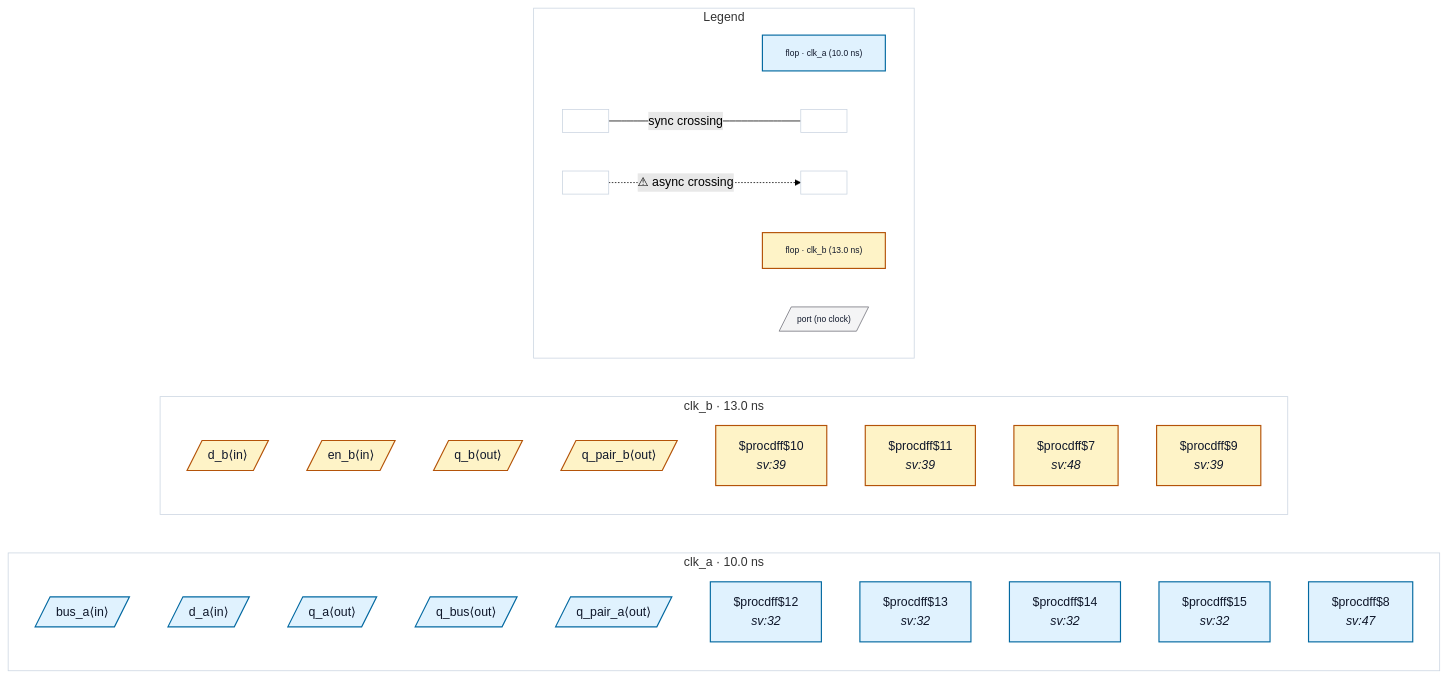
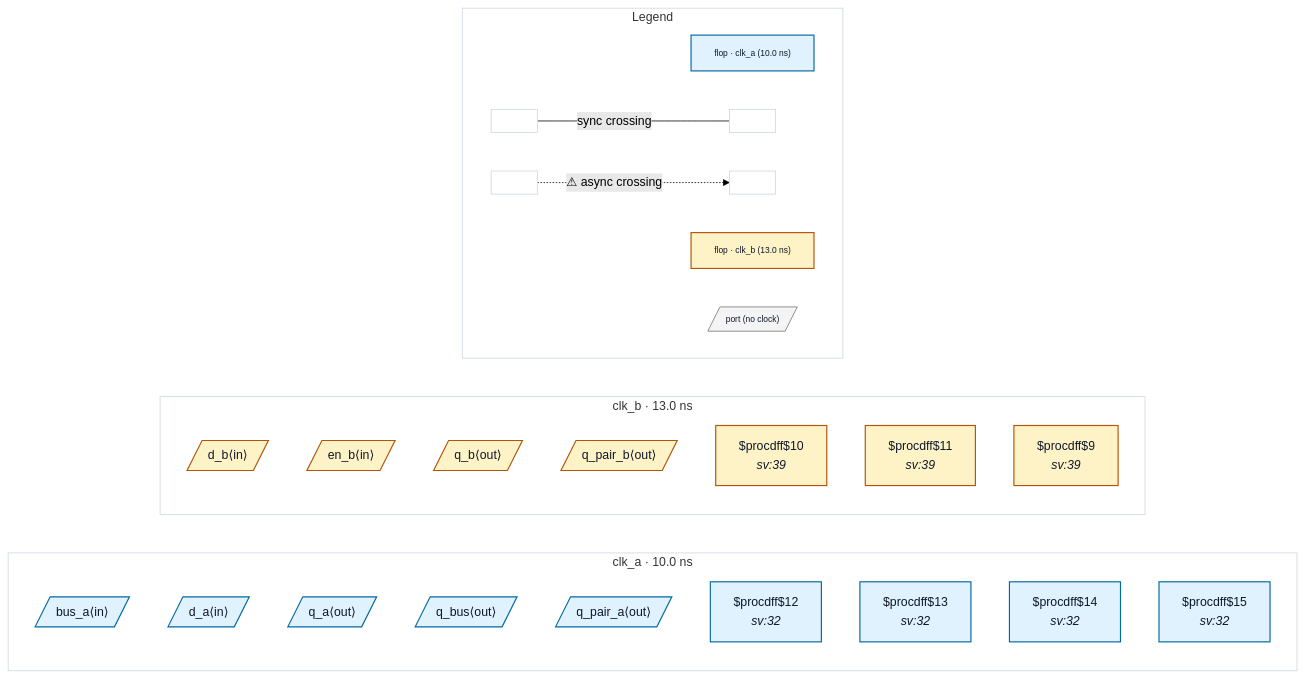
Before and after one commit to rtl-buddy/rtl-buddy-cdc: the diagram in tests/fixtures/good_output_contracts_complete/README.md, drawn with Mermaid (forest theme). The commit also changed 30 other files, not shown here.

````diff
--- a/tests/fixtures/good_output_contracts_complete/README.md
+++ b/tests/fixtures/good_output_contracts_complete/README.md
@@ -14,54 +14,52 @@
 ```mermaid
 %% good_output_contracts_complete — generated by rtl-buddy-cdc render
 flowchart LR
   subgraph clk_clk_a["clk_a · 10.0 ns"]
     direction TB
     p_in_bus_a[/"bus_a⟨in⟩"/]:::ckcls_clk_a
     p_in_d_a[/"d_a⟨in⟩"/]:::ckcls_clk_a
     p_ou_q_a[/"q_a⟨out⟩"/]:::ckcls_clk_a
     p_ou_q_bus[/"q_bus⟨out⟩"/]:::ckcls_clk_a
     p_ou_q_pair_a[/"q_pair_a⟨out⟩"/]:::ckcls_clk_a
     f_a13a7103["$procdff$12<br/><i>sv:32</i>"]:::ckcls_clk_a
     f_3da5ac02["$procdff$13<br/><i>sv:32</i>"]:::ckcls_clk_a
     f_10607937["$procdff$14<br/><i>sv:32</i>"]:::ckcls_clk_a
     f_2d4fbd48["$procdff$15<br/><i>sv:32</i>"]:::ckcls_clk_a
-    f_5e018b0d["$procdff$8<br/><i>sv:47</i>"]:::ckcls_clk_a
   end
   subgraph clk_clk_b["clk_b · 13.0 ns"]
     direction TB
     p_in_d_b[/"d_b⟨in⟩"/]:::ckcls_clk_b
     p_in_en_b[/"en_b⟨in⟩"/]:::ckcls_clk_b
     p_ou_q_b[/"q_b⟨out⟩"/]:::ckcls_clk_b
     p_ou_q_pair_b[/"q_pair_b⟨out⟩"/]:::ckcls_clk_b
     f_f95f7b42["$procdff$10<br/><i>sv:39</i>"]:::ckcls_clk_b
     f_75b891d0["$procdff$11<br/><i>sv:39</i>"]:::ckcls_clk_b
-    f_7fa2e3ea["$procdff$7<br/><i>sv:48</i>"]:::ckcls_clk_b
     f_f3542d83["$procdff$9<br/><i>sv:39</i>"]:::ckcls_clk_b
   end
   subgraph rb_legend["Legend"]
     direction LR
     lg_clk_clk_a["flop · clk_a (10.0 ns)"]:::ckcls_clk_a
     lg_clk_clk_b["flop · clk_b (13.0 ns)"]:::ckcls_clk_b
     lg_port[/"port (no clock)"/]:::port_unassigned
     lg_sync_a[" "]:::ckcls_legend_neutral
     lg_sync_b[" "]:::ckcls_legend_neutral
     lg_async_a[" "]:::ckcls_legend_neutral
     lg_async_b[" "]:::ckcls_legend_neutral
     lg_sync_a --- |"sync crossing"| lg_sync_b
     lg_async_a -. "⚠ async crossing" .-> lg_async_b
   end
   style clk_clk_a fill:none,stroke:#cbd5e1
   style clk_clk_b fill:none,stroke:#cbd5e1
   style rb_legend fill:none,stroke:#cbd5e1
   style lg_clk_clk_a font-size:11px
   style lg_clk_clk_b font-size:11px
   style lg_port font-size:11px
   style lg_sync_a font-size:11px
   style lg_sync_b font-size:11px
   style lg_async_a font-size:11px
   style lg_async_b font-size:11px
   classDef ckcls_clk_a fill:#e0f2fe,stroke:#0369a1,stroke-width:1.5px,color:#0f172a
   classDef ckcls_clk_b fill:#fef3c7,stroke:#b45309,stroke-width:1.5px,color:#0f172a
   classDef port_unassigned fill:#f4f4f5,stroke:#71717a,color:#0f172a
   classDef ckcls_legend_neutral fill:#ffffff,stroke:#cbd5e1,stroke-width:1px,color:#0f172a
 ```
````
